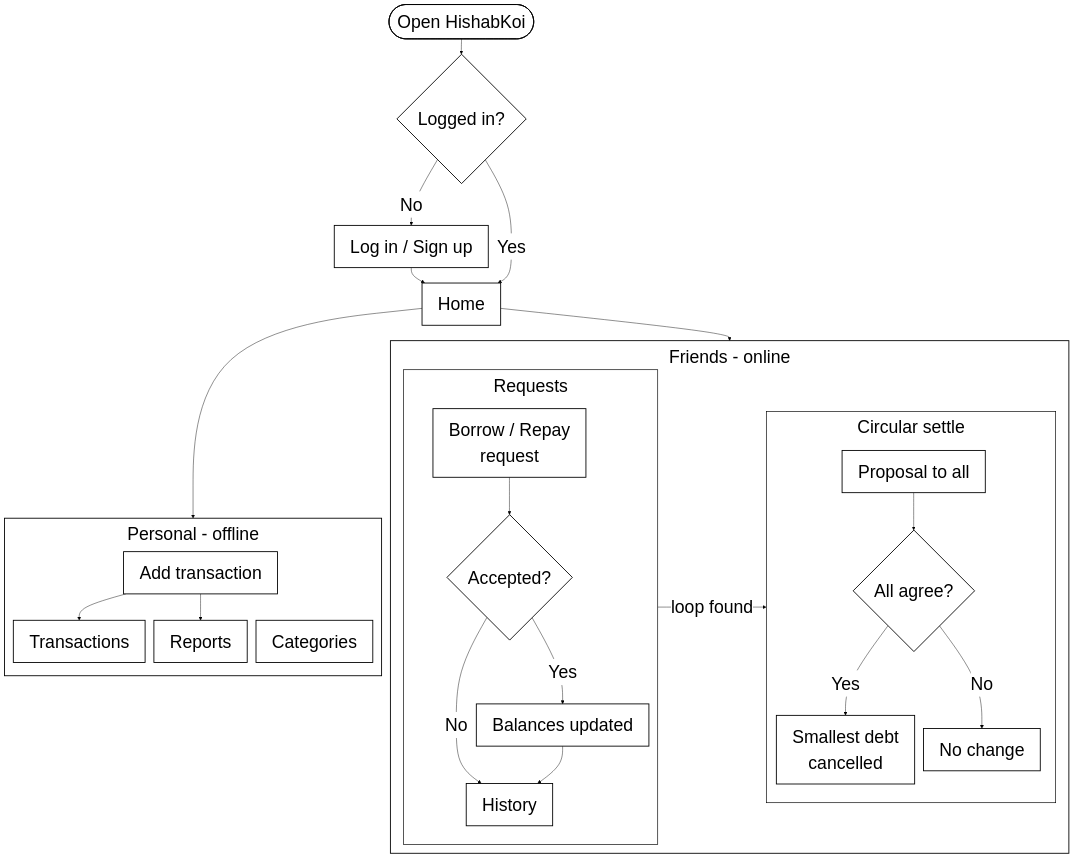
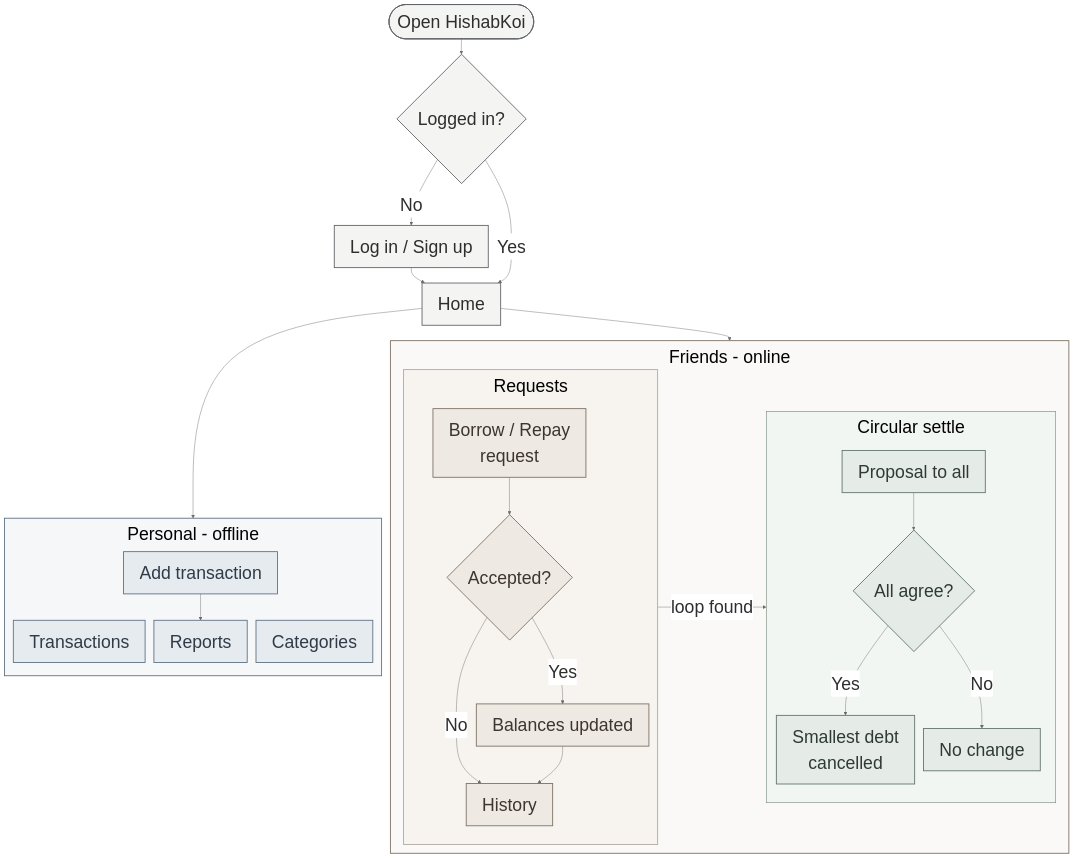
The diagram in docs/flowchart.mmd (Mahin7773/HishabKoi), drawn with Mermaid before and after one commit. The commit also changed other lines of this file and 1 other file, not shown here.

Commit message:
Use muted flowchart colors and drop Transactions arrow

```diff
--- a/docs/flowchart.mmd
+++ b/docs/flowchart.mmd
@@ -1,42 +1,48 @@
-%%{init: {'theme':'base','themeVariables':{'primaryColor':'#FFFFFF','primaryBorderColor':'#000000','primaryTextColor':'#000000','lineColor':'#000000','textColor':'#000000','edgeLabelBackground':'#FFFFFF','clusterBkg':'#FFFFFF','clusterBorder':'#000000','fontFamily':'Segoe UI, Arial','fontSize':'40px'}, 'flowchart':{'wrappingWidth':360,'nodeSpacing':20,'rankSpacing':35,'padding':18,'diagramPadding':8,'subGraphTitleMargin':{'top':6,'bottom':40}}}}%%
+%%{init: {'theme':'base','themeVariables':{'primaryColor':'#FFFFFF','primaryBorderColor':'#5F6368','primaryTextColor':'#2E2E2E','lineColor':'#6B6B6B','textColor':'#2E2E2E','edgeLabelBackground':'#FFFFFF','clusterBkg':'#FFFFFF','clusterBorder':'#8A8A8A','fontFamily':'Segoe UI, Arial','fontSize':'40px'}, 'flowchart':{'wrappingWidth':360,'nodeSpacing':20,'rankSpacing':35,'padding':18,'diagramPadding':8,'subGraphTitleMargin':{'top':6,'bottom':40}}}}%%
 flowchart TD
     A([Open HishabKoi]) --> B{Logged in?}
     B -- No --> C[Log in / Sign up]
     C --> D
     B -- Yes --> D[Home]
 
     D --> PS
     D --> W
 
     subgraph PS [Personal - offline]
         direction TB
-        P1[Add transaction] --> P2[Transactions]
+        P1[Add transaction] ~~~ P2[Transactions]
         P1 --> P3[Reports]
         P1 ~~~ P4[Categories]
     end
 
     subgraph W [Friends - online]
     direction LR
     subgraph FS [Requests]
         direction TB
         F1[Borrow / Repay<br/>request] --> F2{Accepted?}
         F2 -- No --> F5[History]
         F2 -- Yes --> F3[Balances updated]
         F3 --> F5
     end
 
     FS -- loop found --> LP
 
     subgraph LP [Circular settle]
         direction TB
         L1[Proposal to all] --> L2{All agree?}
         L2 -- Yes --> L3[Smallest debt<br/>cancelled]
         L2 -- No --> L4[No change]
     end
     end
 
-    classDef default fill:#FFFFFF,stroke:#000000,stroke-width:2px,color:#000000,font-size:40px
-    style W fill:#FFFFFF,stroke:#000000,stroke-width:2px
-    style PS fill:#FFFFFF,stroke:#000000,stroke-width:2px
-    style FS fill:#FFFFFF,stroke:#000000,stroke-width:1.5px
-    style LP fill:#FFFFFF,stroke:#000000,stroke-width:1.5px
+    classDef default fill:#F4F4F2,stroke:#5F6368,stroke-width:2px,color:#2E2E2E,font-size:40px
+    classDef personal fill:#E6EBF0,stroke:#5E7183,stroke-width:2px,color:#2F3B46
+    classDef friends fill:#EEE9E3,stroke:#7D7064,stroke-width:2px,color:#3D352E
+    classDef loop fill:#E5ECE7,stroke:#617468,stroke-width:2px,color:#2F3A33
+    class P1,P2,P3,P4 personal
+    class F1,F2,F3,F5 friends
+    class L1,L2,L3,L4 loop
+    style W fill:#FAF9F7,stroke:#7D7064,stroke-width:2px
+    style PS fill:#F5F7F9,stroke:#5E7183,stroke-width:2px
+    style FS fill:#F7F4F0,stroke:#9A8E82,stroke-width:1.5px
+    style LP fill:#F2F6F3,stroke:#7F9186,stroke-width:1.5px
```
